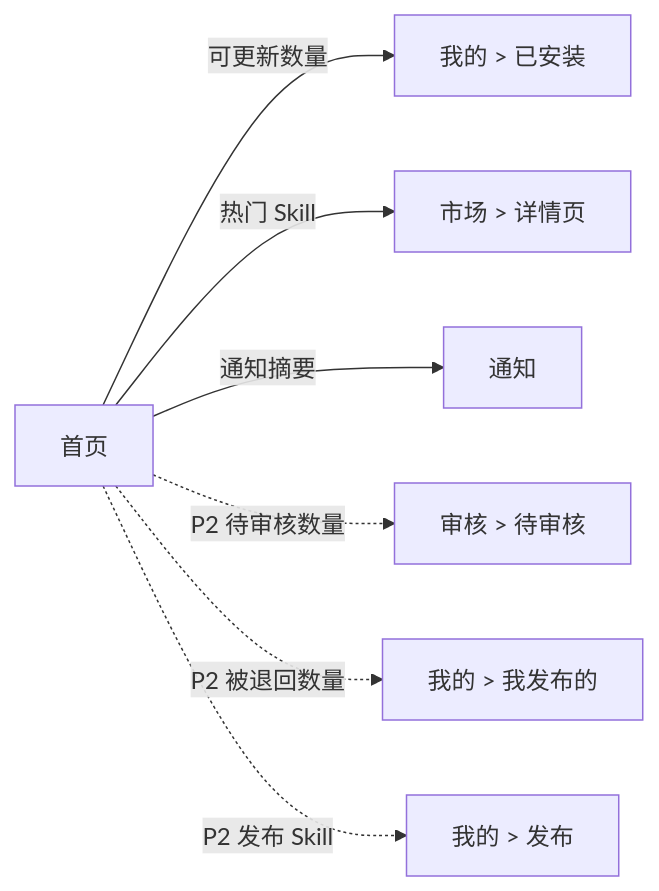
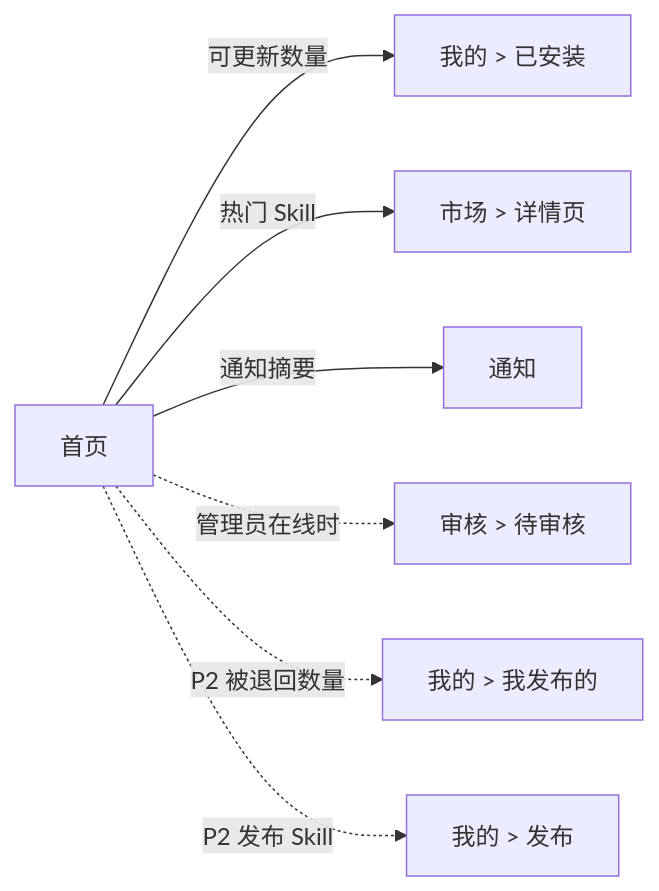
The second of 3 diagrams in docs/RequirementDocument/06_page_architecture.md (HaibinZhang1/EnterpriseAgentHub), drawn with Mermaid before and after one commit. The commit also changed other lines of this file and 63 other files, not shown here.

````diff
--- a/docs/RequirementDocument/06_page_architecture.md
+++ b/docs/RequirementDocument/06_page_architecture.md
@@ -116,10 +116,10 @@
 ```mermaid
 flowchart LR
     HOME["首页"]
     HOME -->|"可更新数量"| MY1["我的 > 已安装"]
     HOME -->|"热门 Skill"| M3["市场 > 详情页"]
     HOME -->|"通知摘要"| NOTIFY["通知"]
-    HOME -.->|"P2 待审核数量"| R1["审核 > 待审核"]
+    HOME -.->|"管理员在线时"| R1["审核 > 待审核"]
     HOME -.->|"P2 被退回数量"| MY2["我的 > 我发布的"]
     HOME -.->|"P2 发布 Skill"| MY3["我的 > 发布"]
 ```
````
